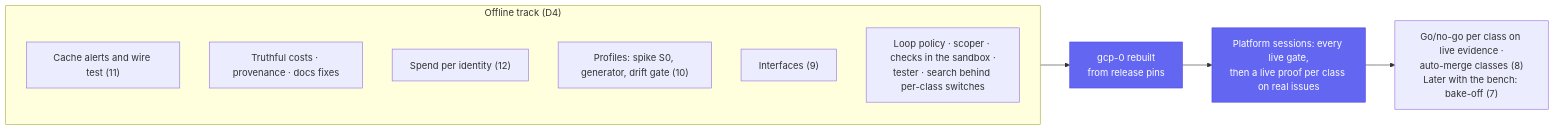
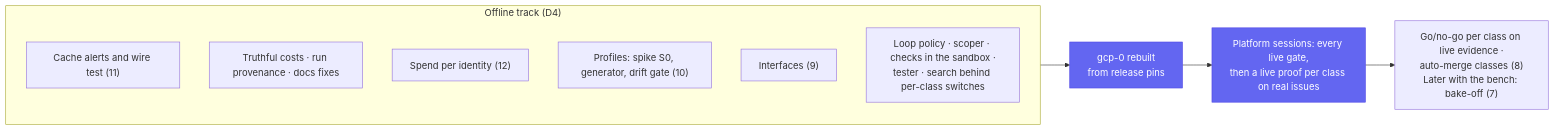
One commit to Smana/ai-native-ref changed the second of 2 diagrams in docs/superpowers/specs/2026-10-19-v3-roadmap-design.md. Above: the diagram before and after it, drawn with Mermaid. The commit also changed other lines of this file and 2 other files, not shown here.

Commit message:
docs(v3): run provenance, what every run ran on (review R10)

````diff
--- a/docs/superpowers/specs/2026-10-19-v3-roadmap-design.md
+++ b/docs/superpowers/specs/2026-10-19-v3-roadmap-design.md
@@ -104,17 +104,17 @@
 ```mermaid
 flowchart LR
   subgraph off["Offline track (D4)"]
     direction TB
     o1["Cache alerts and wire test (11)"]
-    o2["Truthful costs · provenance · docs fixes"]
+    o2["Truthful costs · run provenance · docs fixes"]
     o3["Spend per identity (12)"]
     o4["Profiles: spike S0, generator, drift gate (10)"]
     o5["Interfaces (9)"]
     o6["Loop policy · scoper · checks in the sandbox ·<br/>tester · search behind per-class switches"]
   end
   off --> gcp["gcp-0 rebuilt<br/>from release pins"]
   gcp --> live["Platform sessions: every live gate,<br/>then a live proof per class on real issues"]
   live --> gated["Go/no-go per class on live evidence ·<br/>auto-merge classes (8)<br/>Later with the bench: bake-off (7)"]
   classDef base fill:#6366f1,stroke:#4f46e5,color:#fff
   class gcp,live base
 ```
````
